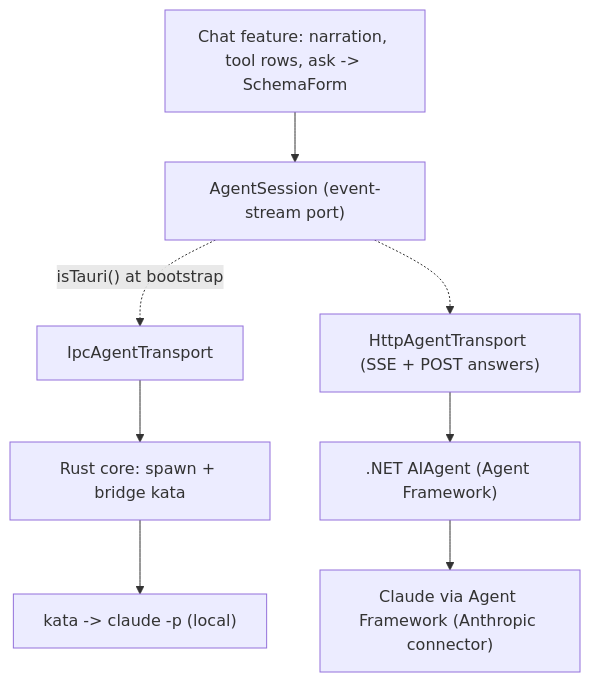
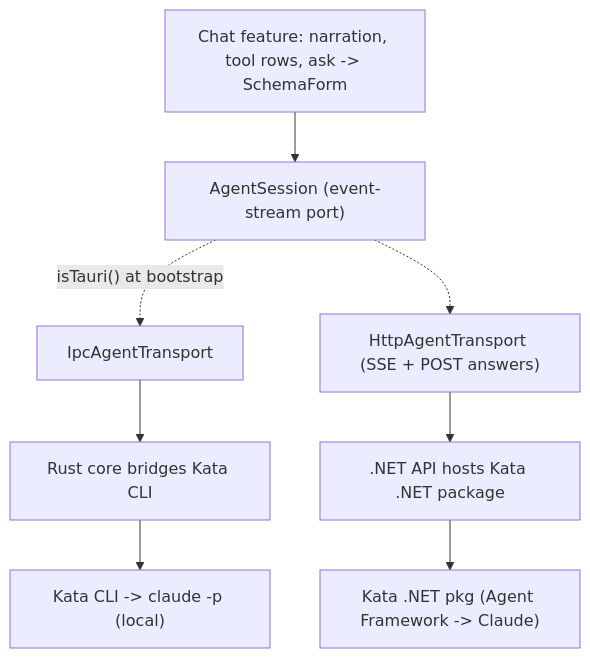
The diagram in docs/superpowers/specs/2026-07-03-agent-streaming-design.md (satish-krishna/jig), drawn with Mermaid before and after one commit. The commit also changed other lines of this file and 1 other file, not shown here.

Commit message:
docs(repo): make Kata publish a .NET agent package; Jig hosts the right flavor per wire

````diff
--- a/docs/superpowers/specs/2026-07-03-agent-streaming-design.md
+++ b/docs/superpowers/specs/2026-07-03-agent-streaming-design.md
@@ -30,10 +30,10 @@
 ```mermaid
 flowchart TD
     UI["Chat feature: narration, tool rows, ask -> SchemaForm"] --> Sess["AgentSession (event-stream port)"]
     Sess -. "isTauri() at bootstrap" .-> IpcS["IpcAgentTransport"]
     Sess -.-> SseS["HttpAgentTransport (SSE + POST answers)"]
-    IpcS --> Rust["Rust core: spawn + bridge kata"]
-    SseS --> Net[".NET AIAgent (Agent Framework)"]
-    Rust --> Kata["kata -> claude -p (local)"]
-    Net --> Anthropic["Claude via Agent Framework (Anthropic connector)"]
+    IpcS --> Rust["Rust core bridges Kata CLI"]
+    SseS --> Net[".NET API hosts Kata .NET package"]
+    Rust --> KataCli["Kata CLI -> claude -p (local)"]
+    Net --> KataPkg["Kata .NET pkg (Agent Framework -> Claude)"]
 ```
````
